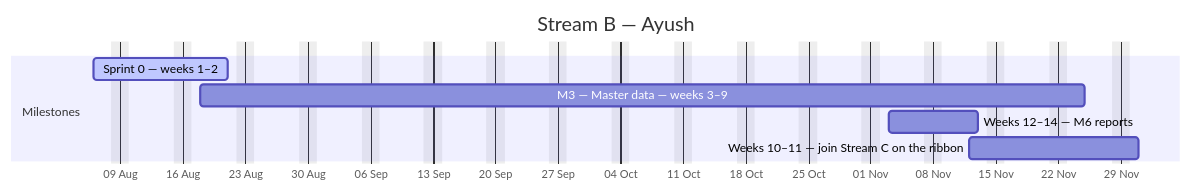
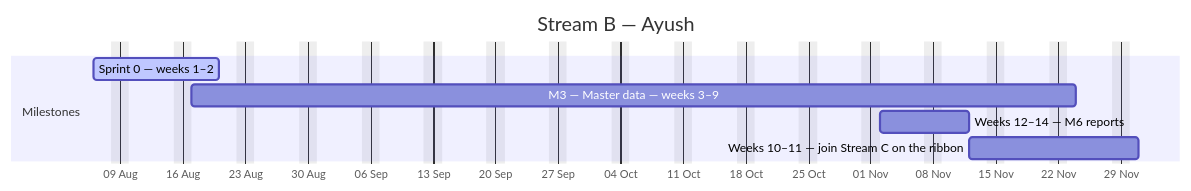
Before and after one commit to debashisedunext/EduTrack: the second of 4 diagrams in docs/plan/GANTT.md, drawn with Mermaid. The commit also changed other lines of this file and 3 other files, not shown here.

````diff
--- a/docs/plan/GANTT.md
+++ b/docs/plan/GANTT.md
@@ -143,12 +134,12 @@
 ```mermaid
 gantt
     dateFormat YYYY-MM-DD
     axisFormat %d %b
     title Stream B — Ayush
     excludes weekends
     section Milestones
-    Sprint 0 — weeks 1–2 :active, b0, 2026-08-06, 11d
-    M3 — Master data — weeks 3–9 :b1, 2026-08-18, 71d
-    Weeks 12–14 — M6 reports :b2, 2026-11-03, 8d
+    Sprint 0 — weeks 1–2 :active, b0, 2026-08-06, 10d
+    M3 — Master data — weeks 3–9 :b1, 2026-08-17, 71d
+    Weeks 12–14 — M6 reports :b2, 2026-11-02, 8d
     Weeks 10–11 — join Stream C on the ribbon :b3, 2026-11-12, 13d
 ```
````
